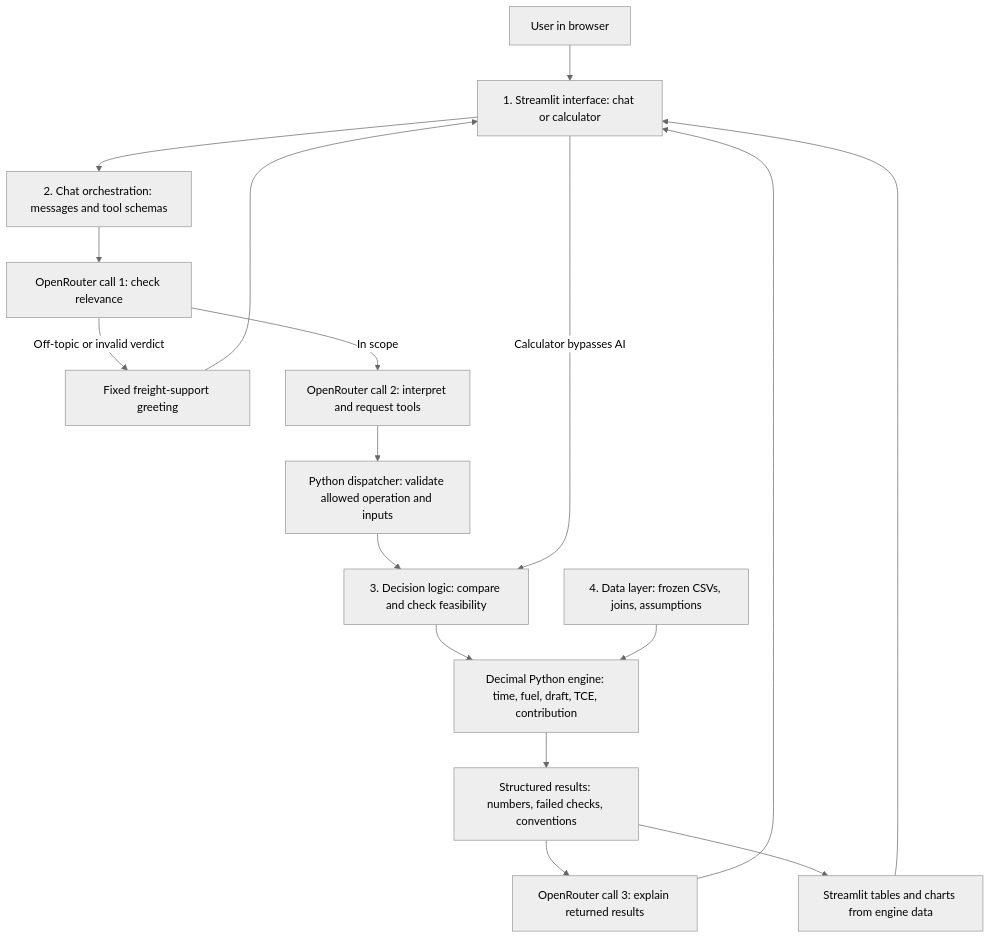
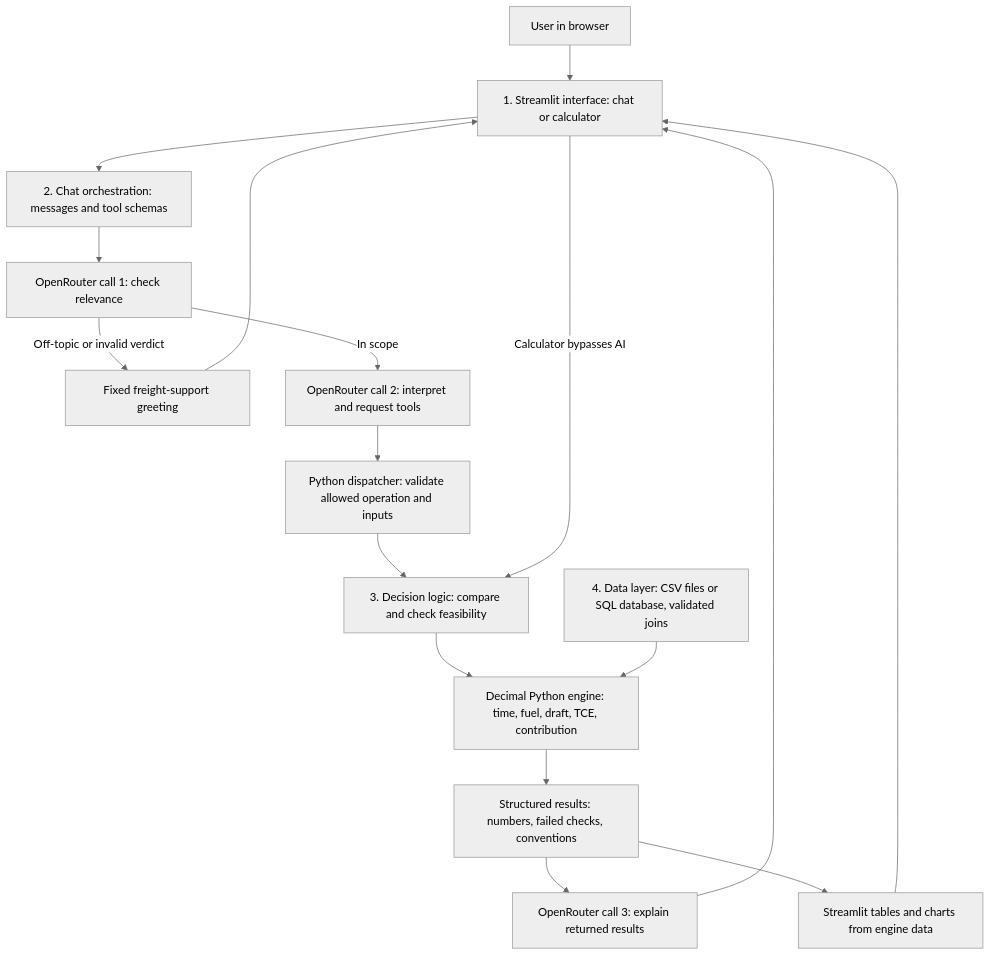
The diagram in docs/architecture.md (Walapipu/voyage-decision-support), drawn with Mermaid (neutral theme) before and after one commit. The commit also changed other lines of this file and 16 other files, not shown here.

First line of the commit message:
Add a SQL data source pipeline and data-driven chat tool lists

````diff
--- a/docs/architecture.md
+++ b/docs/architecture.md
@@ -5,19 +5,19 @@
 ```mermaid
 flowchart TD
     User[User in browser] --> UI["1. Streamlit interface: chat or calculator"]
     UI --> Chat["2. Chat orchestration: messages and tool schemas"]
     Chat --> Scope["OpenRouter call 1: check relevance"]
     Scope -->|Off-topic or invalid verdict| Greeting["Fixed freight-support greeting"]
     Greeting --> UI
     Scope -->|In scope| Interpret["OpenRouter call 2: interpret and request tools"]
     Interpret --> Validate["Python dispatcher: validate allowed operation and inputs"]
     Validate --> Decision["3. Decision logic: compare and check feasibility"]
     Decision --> Engine["Decimal Python engine: time, fuel, draft, TCE, contribution"]
-    Data["4. Data layer: frozen CSVs, joins, assumptions"] --> Engine
+    Data["4. Data layer: CSV files or SQL database, validated joins"] --> Engine
     Engine --> Results["Structured results: numbers, failed checks, conventions"]
     Results --> Explain["OpenRouter call 3: explain returned results"]
     Explain --> UI
     Results --> Charts["Streamlit tables and charts from engine data"]
     Charts --> UI
     UI -->|Calculator bypasses AI| Decision
 ```
````
